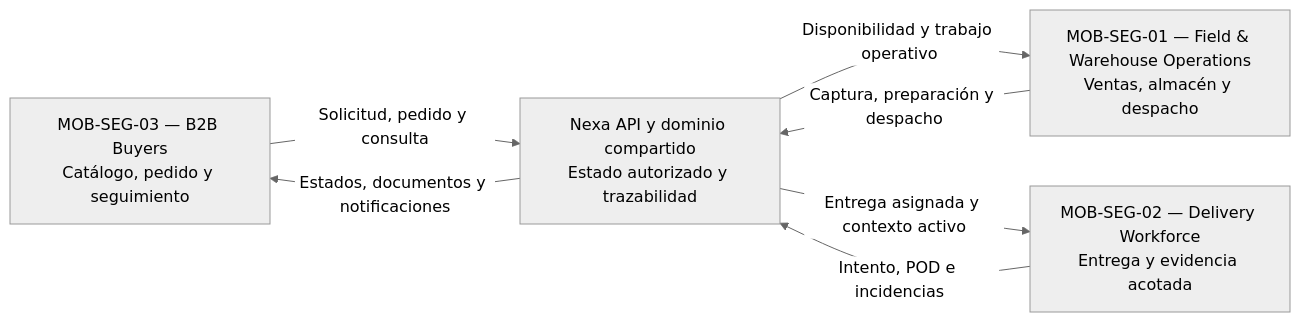
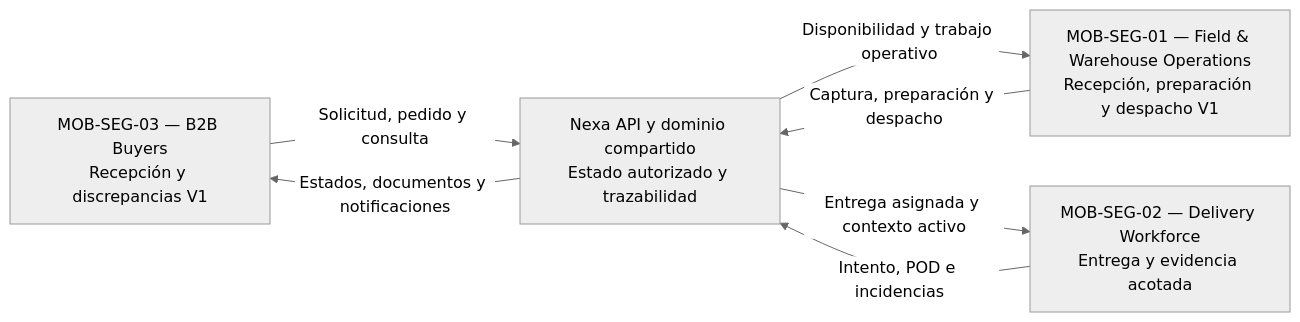
Before and after one commit to nexa-suite/mobile-report: the diagram in report/01-presentation/1.3-target-segments/target-segments.md, drawn with Mermaid (neutral theme). The commit also changed other lines of this file and 93 other files, not shown here.

````diff
--- a/report/01-presentation/1.3-target-segments/target-segments.md
+++ b/report/01-presentation/1.3-target-segments/target-segments.md
@@ -26,14 +26,14 @@
 ```mermaid
 flowchart LR
-    BUYER["MOB-SEG-03 — B2B Buyers<br/>Catálogo, pedido y seguimiento"]
-    FIELD["MOB-SEG-01 — Field & Warehouse Operations<br/>Ventas, almacén y despacho"]
+    BUYER["MOB-SEG-03 — B2B Buyers<br/>Recepción y discrepancias V1"]
+    FIELD["MOB-SEG-01 — Field & Warehouse Operations<br/>Recepción, preparación y despacho V1"]
     DRIVER["MOB-SEG-02 — Delivery Workforce<br/>Entrega y evidencia acotada"]
     API["Nexa API y dominio compartido<br/>Estado autorizado y trazabilidad"]
 
     BUYER -->|Solicitud, pedido y consulta| API
     FIELD -->|Captura, preparación y despacho| API
     DRIVER -->|Intento, POD e incidencias| API
     API -->|Estados, documentos y notificaciones| BUYER
     API -->|Disponibilidad y trabajo operativo| FIELD
     API -->|Entrega asignada y contexto activo| DRIVER
 ```
````
